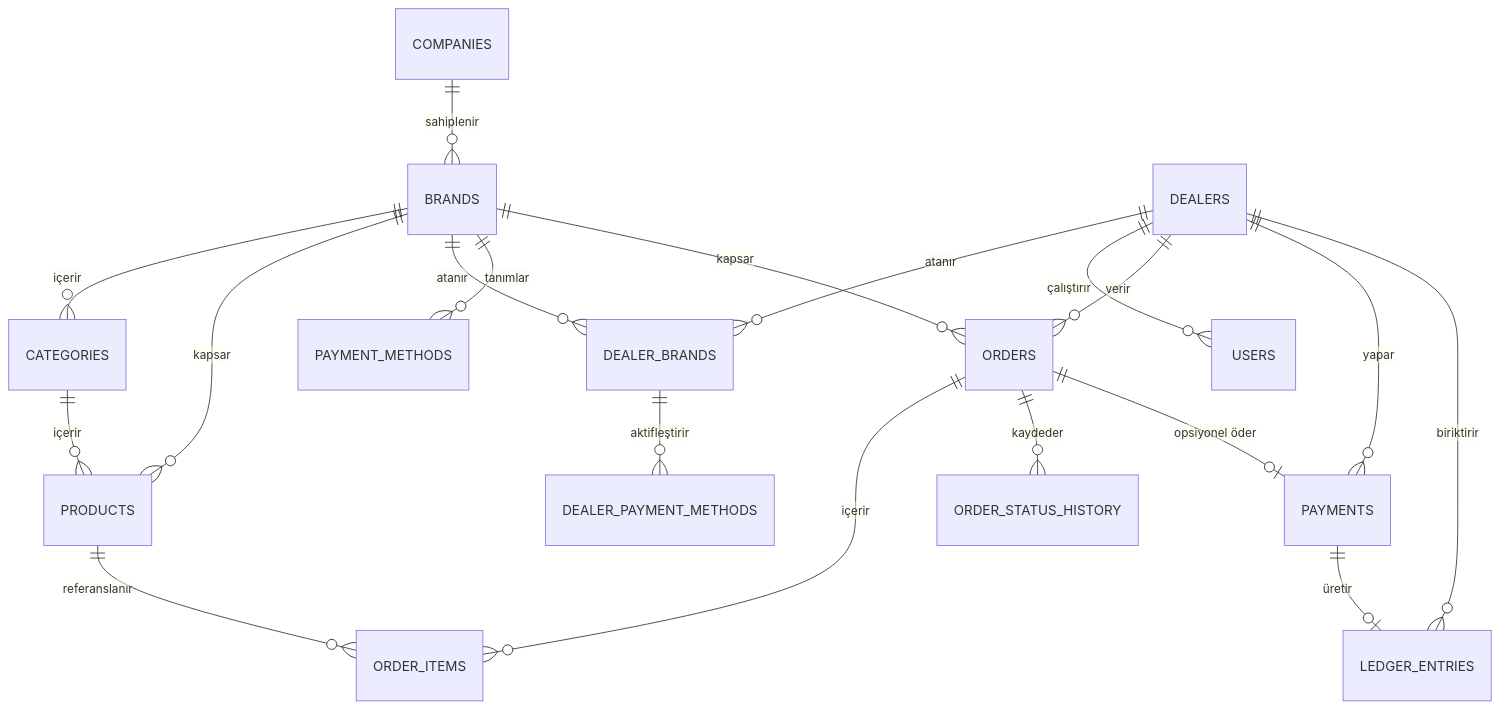
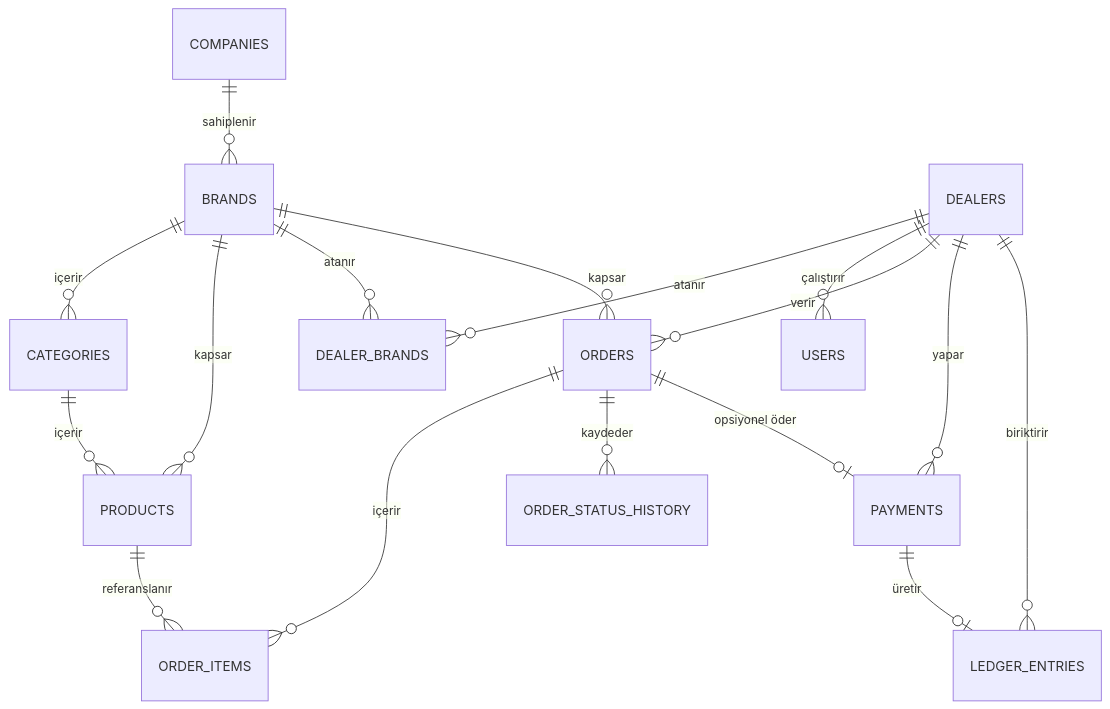
Before and after one commit to EgmTrg/HarmonyBlend: the first of 2 diagrams in docs/roadmap.md, drawn with Mermaid. The commit also changed other lines of this file and 2 other files, not shown here.

First line of the commit message:
Roadmap'i kod ile senkronla: ödeme yöntemi kaldırma ve toast genişletmesi belgele

````diff
--- a/docs/roadmap.md
+++ b/docs/roadmap.md
@@ -157,21 +171,19 @@
 ```mermaid
 erDiagram
   COMPANIES ||--o{ BRANDS : "sahiplenir"
   BRANDS ||--o{ CATEGORIES : "içerir"
   CATEGORIES ||--o{ PRODUCTS : "içerir"
   BRANDS ||--o{ PRODUCTS : "kapsar"
   DEALERS ||--o{ DEALER_BRANDS : "atanır"
   BRANDS ||--o{ DEALER_BRANDS : "atanır"
   DEALERS ||--o{ USERS : "çalıştırır"
-  BRANDS ||--o{ PAYMENT_METHODS : "tanımlar"
-  DEALER_BRANDS ||--o{ DEALER_PAYMENT_METHODS : "aktifleştirir"
   DEALERS ||--o{ ORDERS : "verir"
   BRANDS ||--o{ ORDERS : "kapsar"
   ORDERS ||--o{ ORDER_ITEMS : "içerir"
   PRODUCTS ||--o{ ORDER_ITEMS : "referanslanır"
   ORDERS ||--o{ ORDER_STATUS_HISTORY : "kaydeder"
   DEALERS ||--o{ PAYMENTS : "yapar"
   ORDERS ||--o| PAYMENTS : "opsiyonel öder"
   DEALERS ||--o{ LEDGER_ENTRIES : "biriktirir"
   PAYMENTS ||--o| LEDGER_ENTRIES : "üretir"
 ```
````
